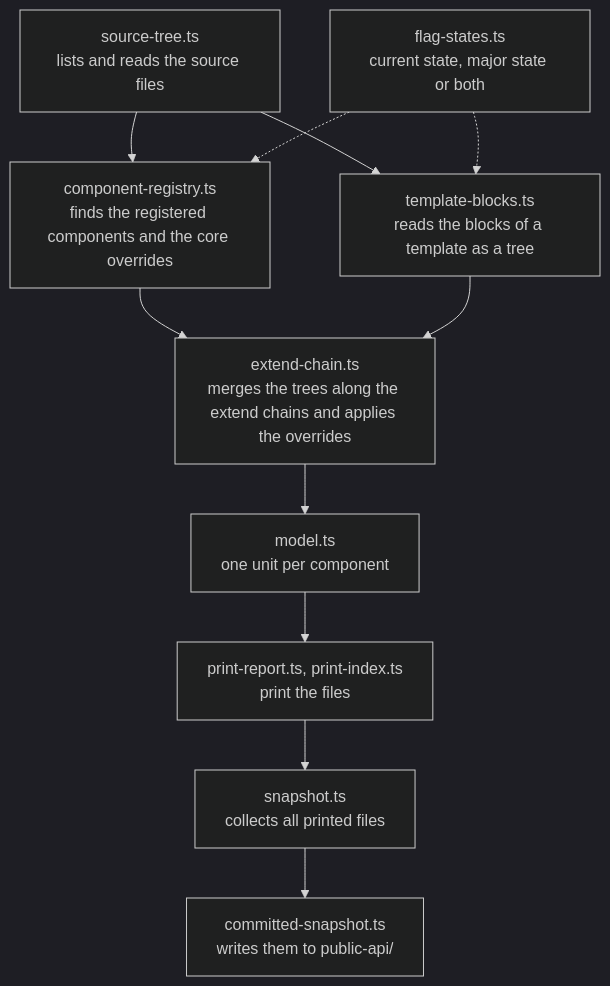
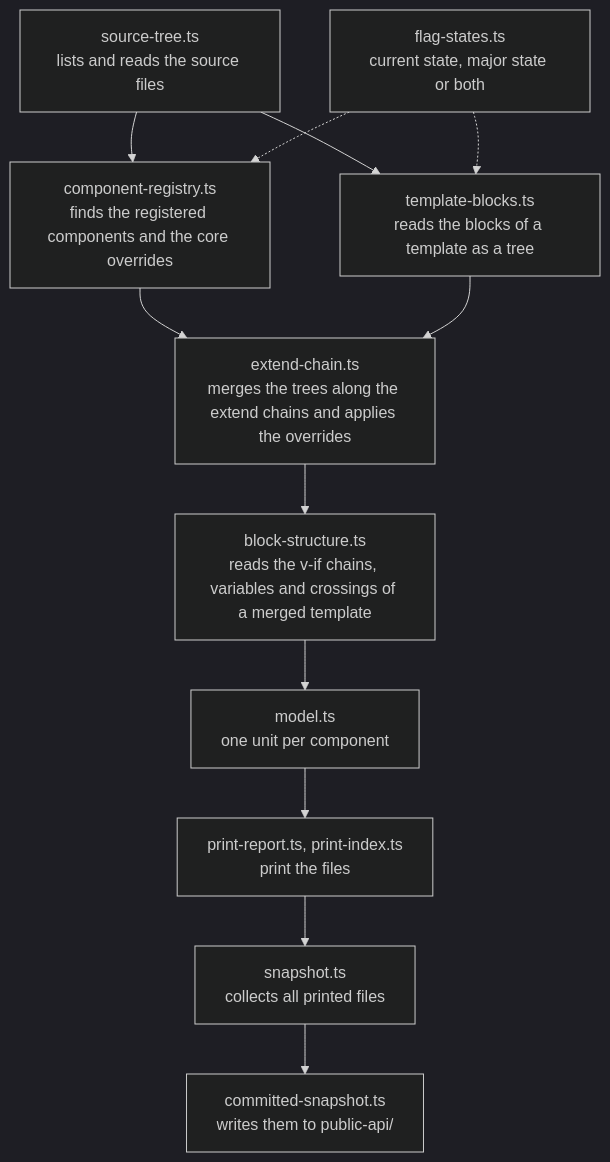
Before and after one commit to shopware/shopware: the diagram in src/Administration/Resources/app/administration/scripts/generate-public-api/README.md, drawn with Mermaid (dark theme). The commit also changed other lines of this file and 19 other files, not shown here.

````diff
--- a/src/Administration/Resources/app/administration/scripts/generate-public-api/README.md
+++ b/src/Administration/Resources/app/administration/scripts/generate-public-api/README.md
@@ -12,18 +12,19 @@
 ```mermaid
 flowchart TD
     tree["source-tree.ts<br/>lists and reads the source files"]
     registry["component-registry.ts<br/>finds the registered components and the core overrides"]
     blocks["template-blocks.ts<br/>reads the blocks of a template as a tree"]
     chain["extend-chain.ts<br/>merges the trees along the extend chains and applies the overrides"]
+    structure["block-structure.ts<br/>reads the v-if chains, variables and crossings of a merged template"]
     flags["flag-states.ts<br/>current state, major state or both"]
     model["model.ts<br/>one unit per component"]
     printers["print-report.ts, print-index.ts<br/>print the files"]
     snapshot["snapshot.ts<br/>collects all printed files"]
     committed["committed-snapshot.ts<br/>writes them to public-api/"]
 
     tree --> registry --> chain
-    tree --> blocks --> chain --> model
+    tree --> blocks --> chain --> structure --> model
     flags -.-> registry
     flags -.-> blocks
     model --> printers --> snapshot --> committed
 ```
````
